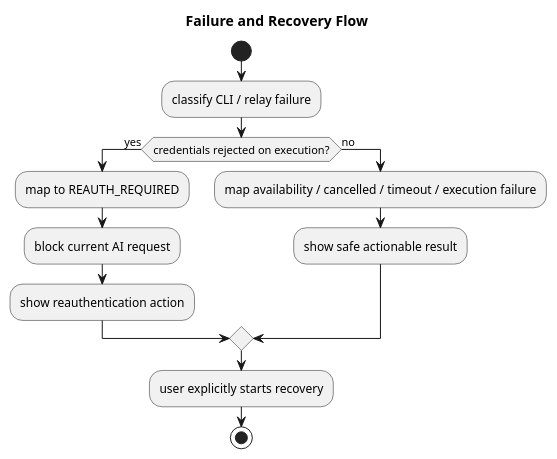
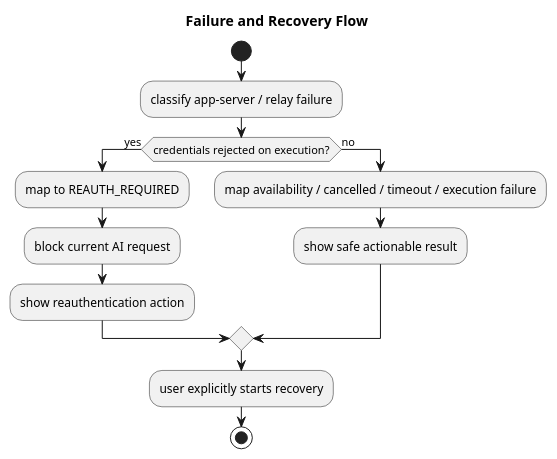
One commit to omegafrog/dnd-master changed the eighth of 8 diagrams in docs/specs/codex-cli-oauth/architecture-spec.md. Above: the diagram before and after it, drawn with PlantUML. The commit also changed other lines of this file and 5 other files, not shown here.

Commit message:
docs: align Codex OAuth plan with app-server

````diff
--- a/docs/specs/codex-cli-oauth/architecture-spec.md
+++ b/docs/specs/codex-cli-oauth/architecture-spec.md
@@ -748,17 +762,17 @@
 ```plantuml
 @startuml
 title Failure and Recovery Flow
 start
-:classify CLI / relay failure;
+:classify app-server / relay failure;
 if (credentials rejected on execution?) then (yes)
   :map to REAUTH_REQUIRED;
   :block current AI request;
   :show reauthentication action;
 else (no)
   :map availability / cancelled / timeout / execution failure;
   :show safe actionable result;
 endif
 :user explicitly starts recovery;
 stop
 @enduml
 ```
````
